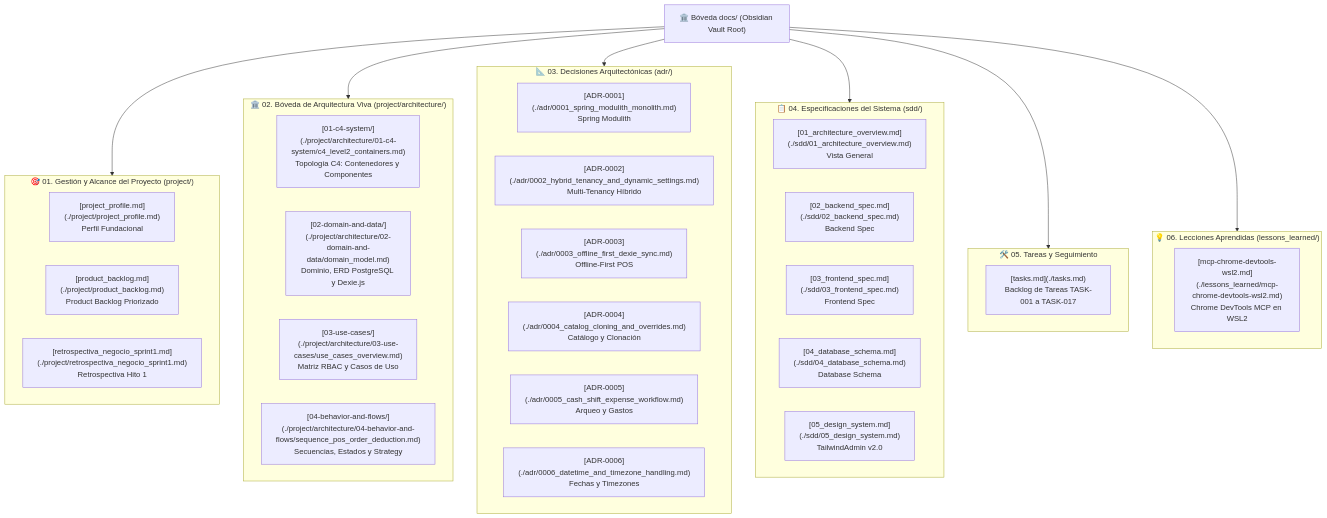
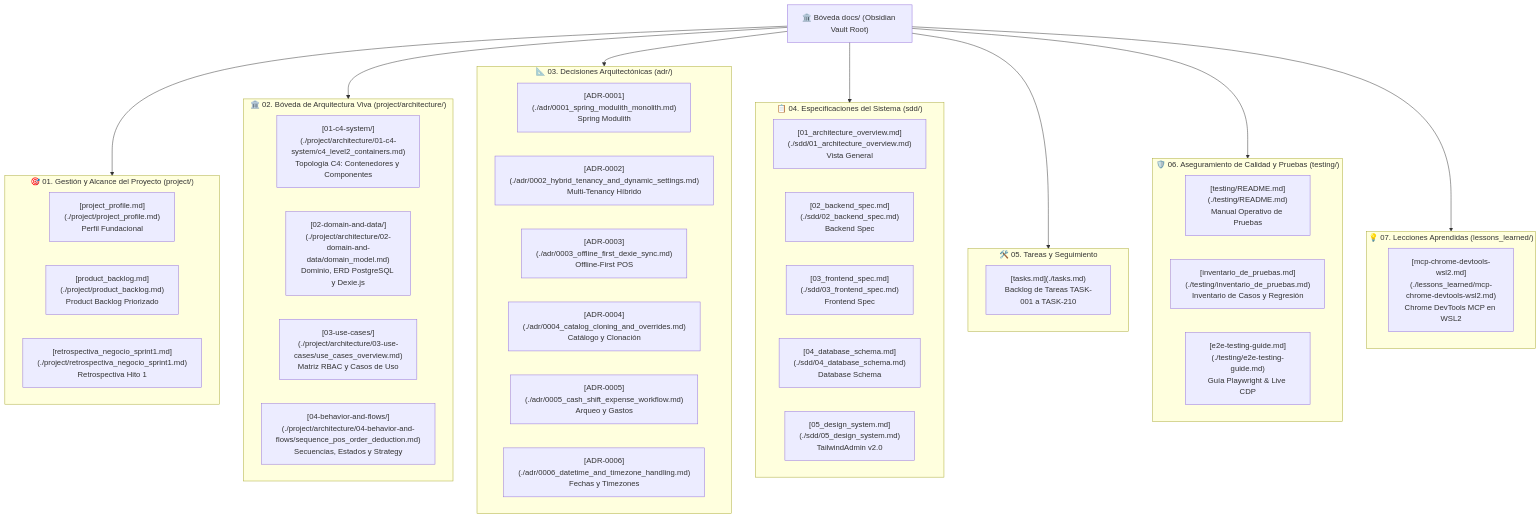
Before and after one commit to vakajose/gestion-restaurante: the diagram in docs/README.md, drawn with Mermaid. The commit also changed other lines of this file and 3 other files, not shown here.

Commit message:
docs(testing): establish testing vault, master test inventory and quality governance

````diff
--- a/docs/README.md
+++ b/docs/README.md
@@ -24,49 +24,56 @@
 ```mermaid
 graph TD
     VaultRoot["🏛️ Bóveda docs/ (Obsidian Vault Root)"]
 
     subgraph SecProject["🎯 01. Gestión y Alcance del Proyecto (project/)"]
         Profile["[project_profile.md](./project/project_profile.md)<br/>Perfil Fundacional"]
         Backlog["[product_backlog.md](./project/product_backlog.md)<br/>Product Backlog Priorizado"]
         Retro["[retrospectiva_negocio_sprint1.md](./project/retrospectiva_negocio_sprint1.md)<br/>Retrospectiva Hito 1"]
     end
 
     subgraph SecArch["🏛️ 02. Bóveda de Arquitectura Viva (project/architecture/)"]
         C4System["[01-c4-system/](./project/architecture/01-c4-system/c4_level2_containers.md)<br/>Topología C4: Contenedores y Componentes"]
         DomainData["[02-domain-and-data/](./project/architecture/02-domain-and-data/domain_model.md)<br/>Dominio, ERD PostgreSQL y Dexie.js"]
         UseCases["[03-use-cases/](./project/architecture/03-use-cases/use_cases_overview.md)<br/>Matriz RBAC y Casos de Uso"]
         BehaviorFlows["[04-behavior-and-flows/](./project/architecture/04-behavior-and-flows/sequence_pos_order_deduction.md)<br/>Secuencias, Estados y Strategy"]
     end
 
     subgraph SecADR["📐 03. Decisiones Arquitectónicas (adr/)"]
         ADR01["[ADR-0001](./adr/0001_spring_modulith_monolith.md)<br/>Spring Modulith"]
         ADR02["[ADR-0002](./adr/0002_hybrid_tenancy_and_dynamic_settings.md)<br/>Multi-Tenancy Híbrido"]
         ADR03["[ADR-0003](./adr/0003_offline_first_dexie_sync.md)<br/>Offline-First POS"]
         ADR04["[ADR-0004](./adr/0004_catalog_cloning_and_overrides.md)<br/>Catálogo y Clonación"]
         ADR05["[ADR-0005](./adr/0005_cash_shift_expense_workflow.md)<br/>Arqueo y Gastos"]
         ADR06["[ADR-0006](./adr/0006_datetime_and_timezone_handling.md)<br/>Fechas y Timezones"]
     end
 
     subgraph SecSDD["📋 04. Especificaciones del Sistema (sdd/)"]
         SDD01["[01_architecture_overview.md](./sdd/01_architecture_overview.md)<br/>Vista General"]
         SDD02["[02_backend_spec.md](./sdd/02_backend_spec.md)<br/>Backend Spec"]
         SDD03["[03_frontend_spec.md](./sdd/03_frontend_spec.md)<br/>Frontend Spec"]
         SDD04["[04_database_schema.md](./sdd/04_database_schema.md)<br/>Database Schema"]
         SDD05["[05_design_system.md](./sdd/05_design_system.md)<br/>TailwindAdmin v2.0"]
     end
 
     subgraph SecTasks["🛠️ 05. Tareas y Seguimiento"]
-        Tasks["[tasks.md](./tasks.md)<br/>Backlog de Tareas TASK-001 a TASK-017"]
+        Tasks["[tasks.md](./tasks.md)<br/>Backlog de Tareas TASK-001 a TASK-210"]
     end
 
-    subgraph SecLessons["💡 06. Lecciones Aprendidas (lessons_learned/)"]
+    subgraph SecTesting["🛡️ 06. Aseguramiento de Calidad y Pruebas (testing/)"]
+        TestingHub["[testing/README.md](./testing/README.md)<br/>Manual Operativo de Pruebas"]
+        TestInv["[inventario_de_pruebas.md](./testing/inventario_de_pruebas.md)<br/>Inventario de Casos y Regresión"]
+        E2EGuide["[e2e-testing-guide.md](./testing/e2e-testing-guide.md)<br/>Guía Playwright & Live CDP"]
+    end
+
+    subgraph SecLessons["💡 07. Lecciones Aprendidas (lessons_learned/)"]
         LessonDevTools["[mcp-chrome-devtools-wsl2.md](./lessons_learned/mcp-chrome-devtools-wsl2.md)<br/>Chrome DevTools MCP en WSL2"]
     end
 
     VaultRoot --> SecProject
     VaultRoot --> SecArch
     VaultRoot --> SecADR
     VaultRoot --> SecSDD
     VaultRoot --> SecTasks
+    VaultRoot --> SecTesting
     VaultRoot --> SecLessons
 ```
````
